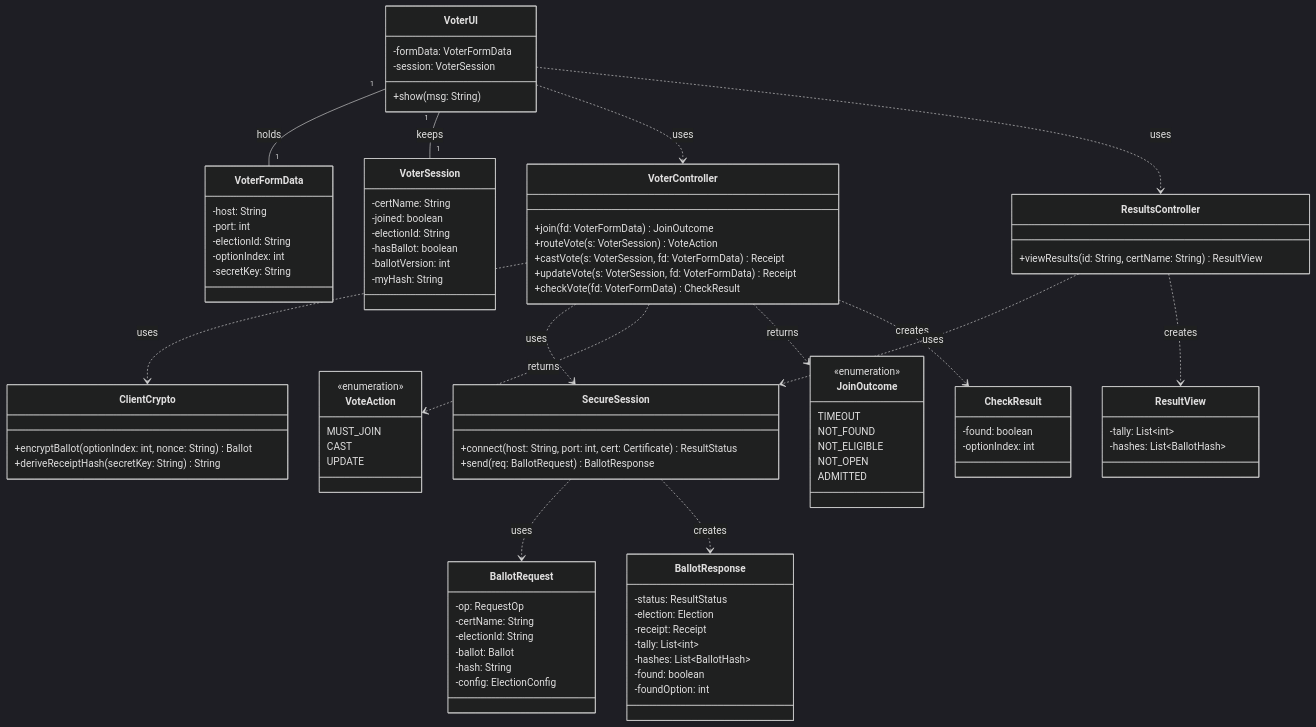
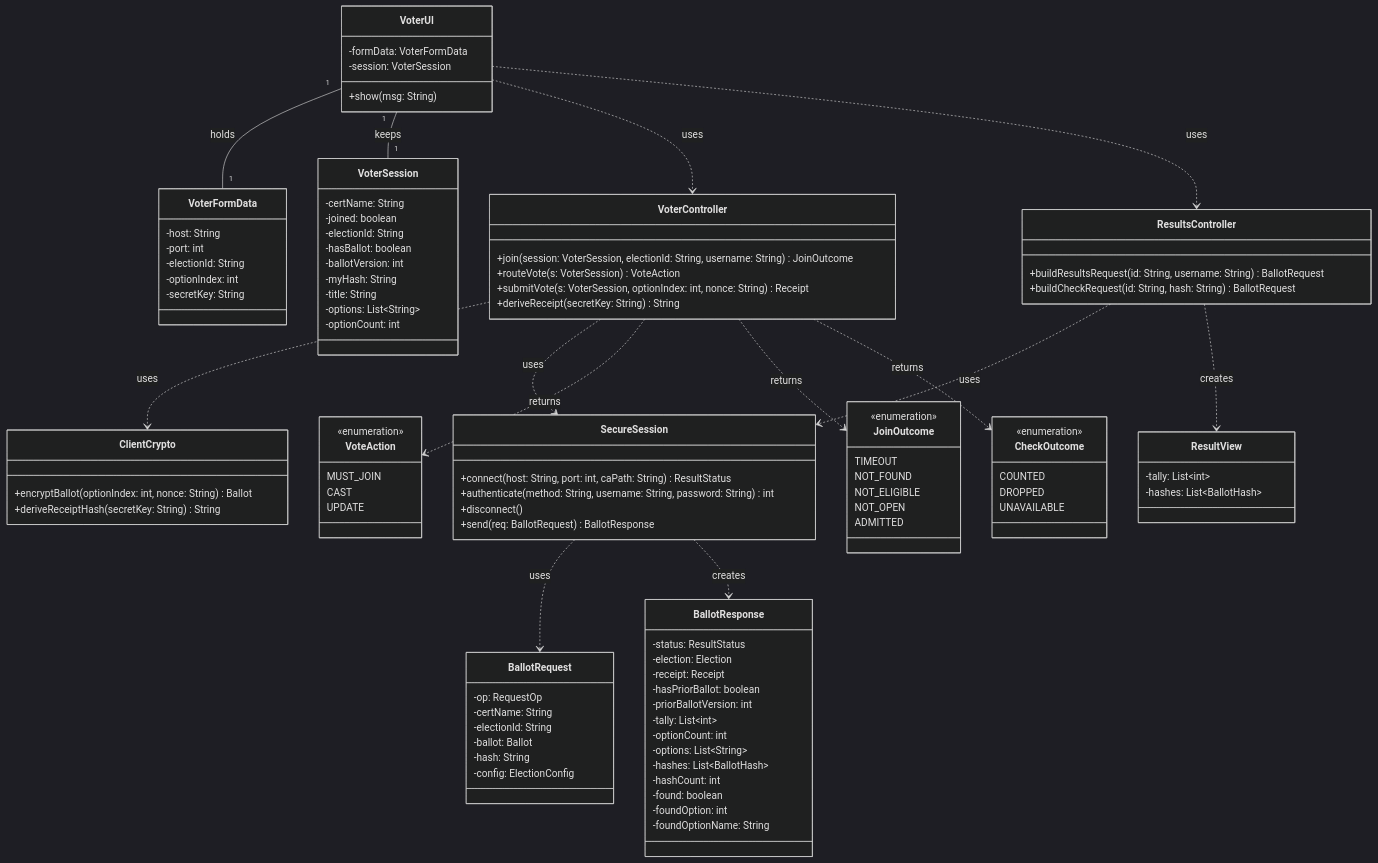
The ninth of 11 diagrams in README.md (JediNakDev/ballotbox), drawn with Mermaid (dark theme) before and after one commit. The commit also changed other lines of this file and 7 other files, not shown here.

```diff
--- a/README.md
+++ b/README.md
@@ -560,18 +609,21 @@
         -hasBallot: boolean
         -ballotVersion: int
         -myHash: String
+        -title: String
+        -options: List~String~
+        -optionCount: int
     }
 
     class VoterController {
-        +join(fd: VoterFormData) JoinOutcome
+        +join(session: VoterSession, electionId: String, username: String) JoinOutcome
         +routeVote(s: VoterSession) VoteAction
-        +castVote(s: VoterSession, fd: VoterFormData) Receipt
-        +updateVote(s: VoterSession, fd: VoterFormData) Receipt
-        +checkVote(fd: VoterFormData) CheckResult
+        +submitVote(s: VoterSession, optionIndex: int, nonce: String) Receipt
+        +deriveReceipt(secretKey: String) String
     }
 
     class ResultsController {
-        +viewResults(id: String, certName: String) ResultView
+        +buildResultsRequest(id: String, username: String) BallotRequest
+        +buildCheckRequest(id: String, hash: String) BallotRequest
     }
 
     class ClientCrypto {
@@ -580,7 +632,9 @@
     }
 
     class SecureSession {
-        +connect(host: String, port: int, cert: Certificate) ResultStatus
+        +connect(host: String, port: int, caPath: String) ResultStatus
+        +authenticate(method: String, username: String, password: String) int
+        +disconnect()
         +send(req: BallotRequest) BallotResponse
     }
 
@@ -597,10 +651,16 @@
         -status: ResultStatus
         -election: Election
         -receipt: Receipt
+        -hasPriorBallot: boolean
+        -priorBallotVersion: int
         -tally: List~int~
+        -optionCount: int
+        -options: List~String~
         -hashes: List~BallotHash~
+        -hashCount: int
         -found: boolean
         -foundOption: int
+        -foundOptionName: String
     }
 
     class ResultView {
@@ -608,9 +668,11 @@
         -hashes: List~BallotHash~
     }
 
-    class CheckResult {
-        -found: boolean
-        -optionIndex: int
+    class CheckOutcome {
+        <<enumeration>>
+        COUNTED
+        DROPPED
+        UNAVAILABLE
     }
 
     class VoteAction {
@@ -639,7 +701,7 @@
     VoterController ..> SecureSession : uses
     VoterController ..> VoteAction : returns
     VoterController ..> JoinOutcome : returns
-    VoterController ..> CheckResult : creates
+    VoterController ..> CheckOutcome : returns
     ResultsController ..> SecureSession : uses
     ResultsController ..> ResultView : creates
 
```
